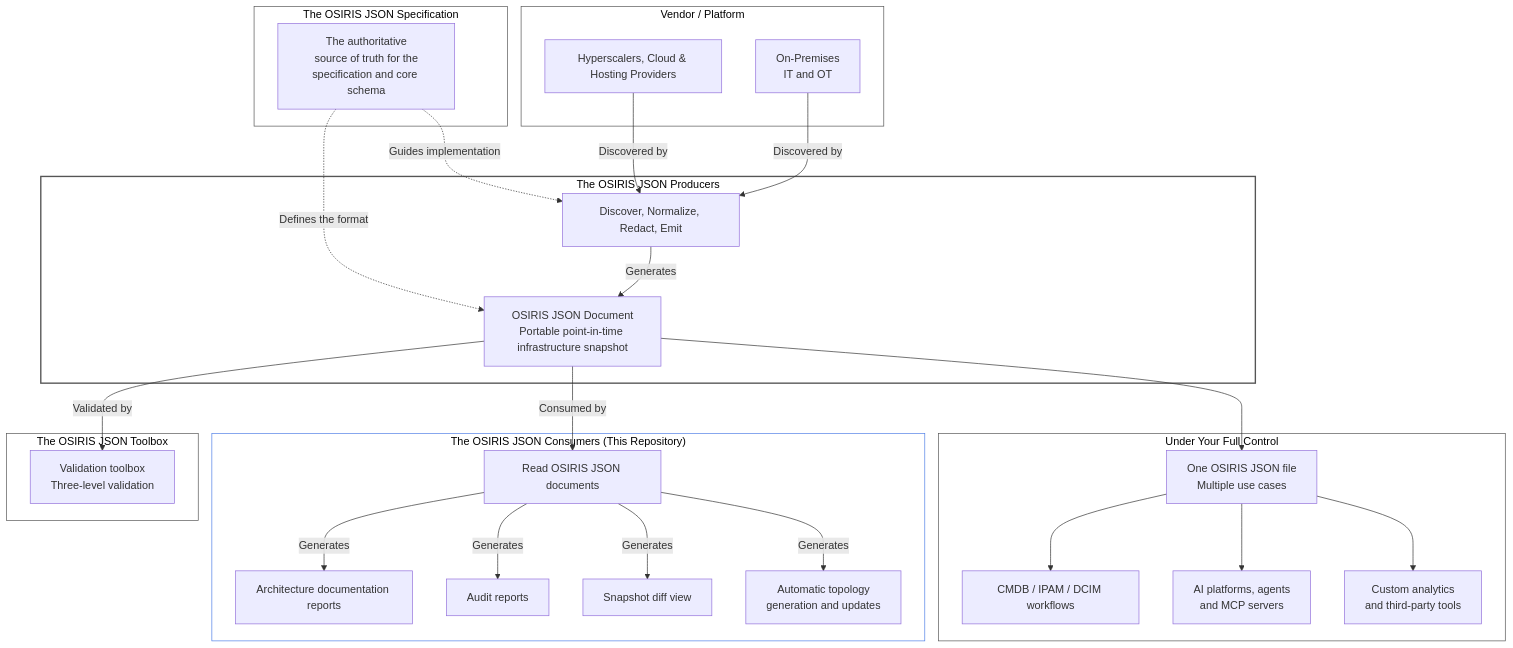
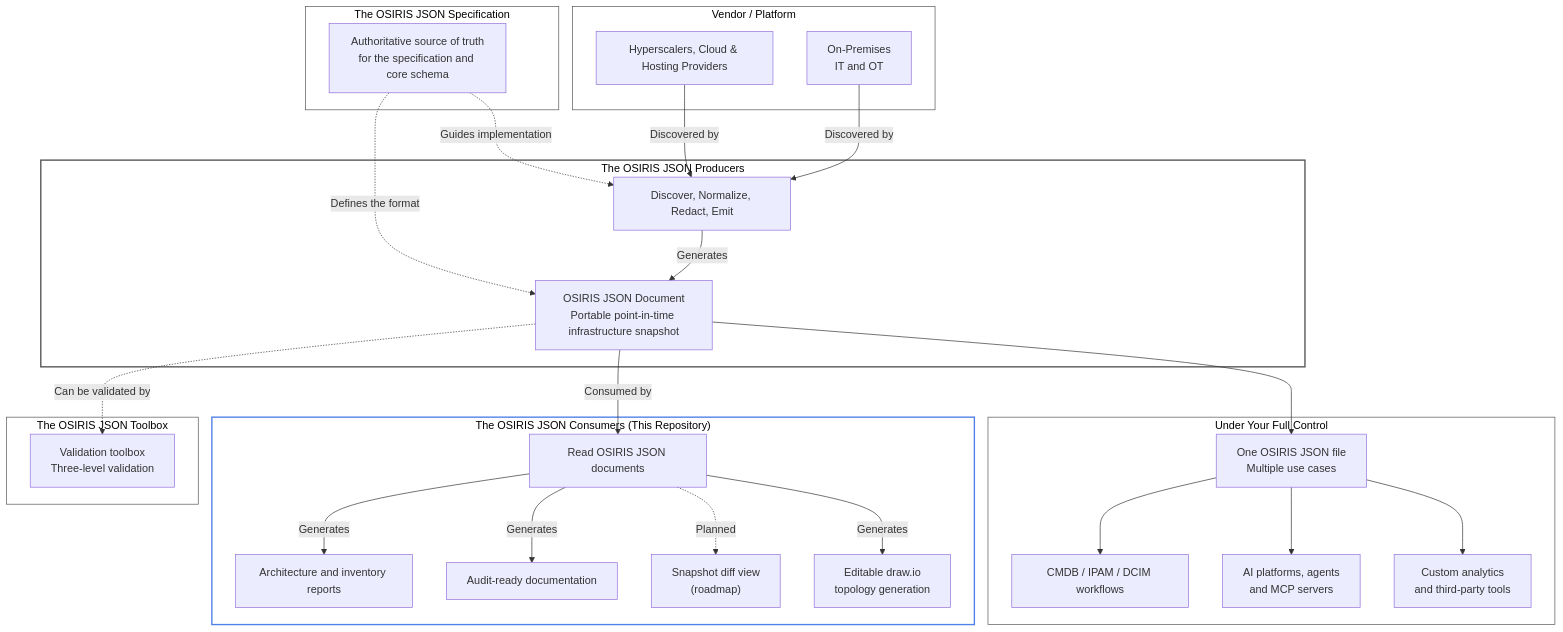
Before and after one commit to osirisjson/osiris-consumers: the diagram in README.md, drawn with Mermaid. The commit also changed other lines of this file and 2 other files, not shown here.

Commit message:
docs: rewrite the README introduction with draw.io screenshots

````diff
--- a/README.md
+++ b/README.md
@@ -28,63 +61,62 @@
 ```mermaid
-flowchart TD 
+flowchart TD
     subgraph VP ["Vendor / Platform"]
         A["Hyperscalers, Cloud & Hosting Providers"]
         B["On-Premises<br/>IT and OT"]
     end
-    
+
     subgraph SP ["The OSIRIS JSON Specification"]
-        S["The authoritative<br/>source of truth for the<br/>specification and core schema"]
+        S["Authoritative source of truth<br/>for the specification and core schema"]
     end
-    
+
     subgraph PR ["The OSIRIS JSON Producers"]
         P["Discover, Normalize, Redact, Emit"]
         J["OSIRIS JSON Document<br/>Portable point-in-time infrastructure snapshot"]
     end
-    
+
     subgraph VA ["The OSIRIS JSON Toolbox"]
         V["Validation toolbox<br/>Three-level validation"]
     end
-    
+
     subgraph OC ["The OSIRIS JSON Consumers (This Repository)"]
         C["Read OSIRIS JSON documents"]
-        AD["Architecture documentation reports"]
-        AU["Audit reports"]
-        DF["Snapshot diff view"]
-        TP["Automatic topology<br/>generation and updates"]
+        AD["Architecture and inventory reports"]
+        AU["Audit-ready documentation"]
+        DF["Snapshot diff view<br/>(roadmap)"]
+        TP["Editable draw.io<br/>topology generation"]
     end
-    
+
     subgraph UC ["Under Your Full Control"]
         U["One OSIRIS JSON file<br/>Multiple use cases"]
         M["CMDB / IPAM / DCIM workflows"]
         AI["AI platforms, agents<br/>and MCP servers"]
         X["Custom analytics<br/>and third-party tools"]
     end
-    
+
     A -->|"Discovered by"| P
     B -->|"Discovered by"| P
 
     S -. "Defines the format" .-> J
     S -. "Guides implementation" .-> P
 
     P -->|"Generates"| J
+    J -. "Can be validated by" .-> V
+    J -->|"Consumed by"| C
 
-    J -->|"Validated by"| V
-
-    J -->|"Consumed by"| C
     C -->|"Generates"| AD
     C -->|"Generates"| AU
-    C -->|"Generates"| DF
+    C -. "Planned" .-> DF
     C -->|"Generates"| TP
 
     J --> U
     U --> M
     U --> AI
     U --> X
-    
+
     style VP fill:transparent,stroke:#555,stroke-width:1px,color:inherit
     style SP fill:transparent,stroke:#555,stroke-width:1px,color:inherit
     style PR fill:transparent,stroke:#555,stroke-width:2px,color:inherit
     style VA fill:transparent,stroke:#555,stroke-width:1px,color:inherit
-    style OC fill:transparent,stroke:#4F7FE7,stroke-width:1px,color:inherit
+    style OC fill:transparent,stroke:#4F7FE7,stroke-width:2px,color:inherit
     style UC fill:transparent,stroke:#555,stroke-width:1px,color:inherit
 ```
````
